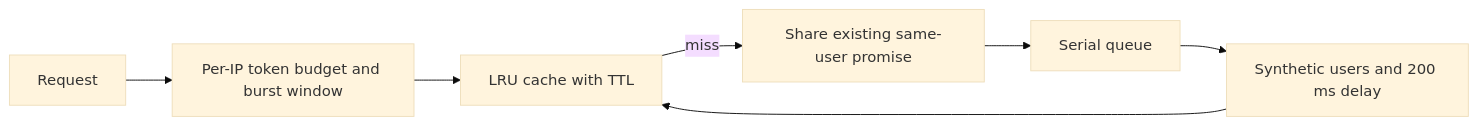
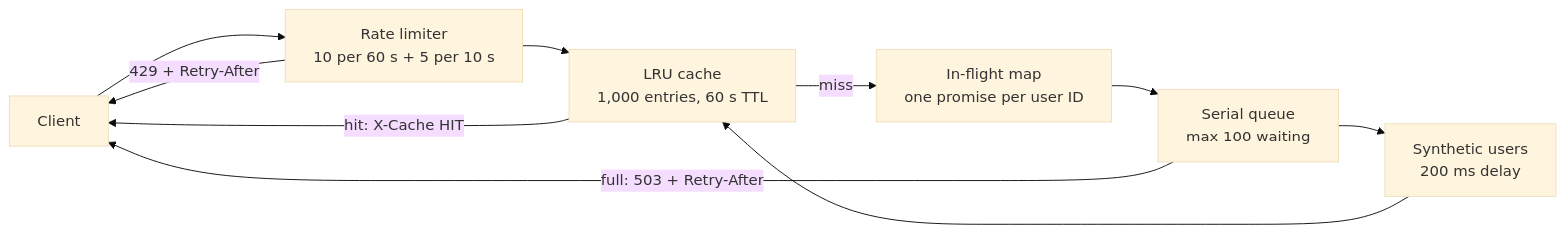
The diagram in README.md (dev-nezuko/take-home-assesment-backend), drawn with Mermaid (base theme) before and after one commit. The commit also changed other lines of this file, not shown here.

First line of the commit message:
Rewrite README around the request flow and captured responses

````diff
--- a/README.md
+++ b/README.md
@@ -7,9 +9,12 @@
 ```mermaid
 flowchart LR
-  Request --> Rate[Per-IP token budget and burst window]
-  Rate --> Cache[LRU cache with TTL]
-  Cache -->|miss| Pending[Share existing same-user promise]
-  Pending --> Queue[Serial queue]
-  Queue --> Mock[Synthetic users and 200 ms delay]
-  Mock --> Cache
+  Client --> Limiter["Rate limiter<br/>10 per 60 s + 5 per 10 s"]
+  Limiter -->|429 + Retry-After| Client
+  Limiter --> Cache["LRU cache<br/>1,000 entries, 60 s TTL"]
+  Cache -->|hit: X-Cache HIT| Client
+  Cache -->|miss| Dedup["In-flight map<br/>one promise per user ID"]
+  Dedup --> Queue["Serial queue<br/>max 100 waiting"]
+  Queue -->|full: 503 + Retry-After| Client
+  Queue --> Store["Synthetic users<br/>200 ms delay"]
+  Store --> Cache
 ```
````
